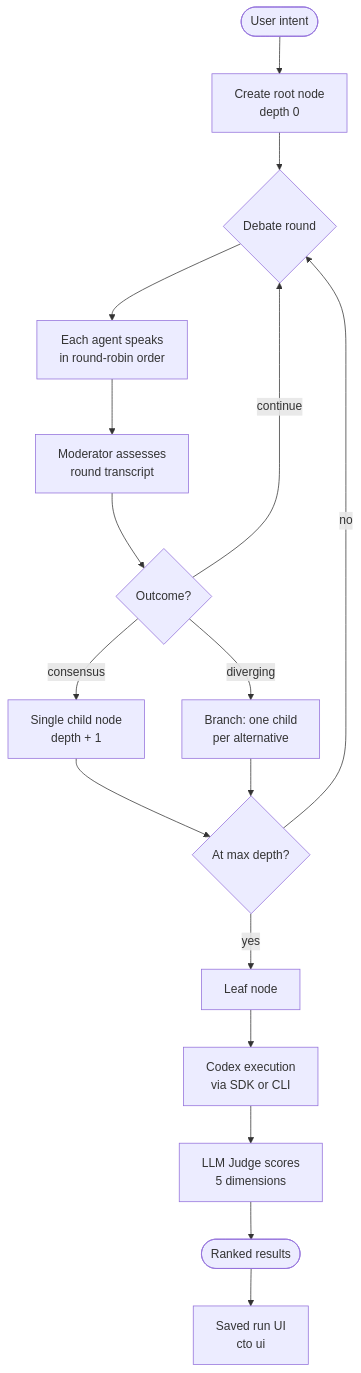
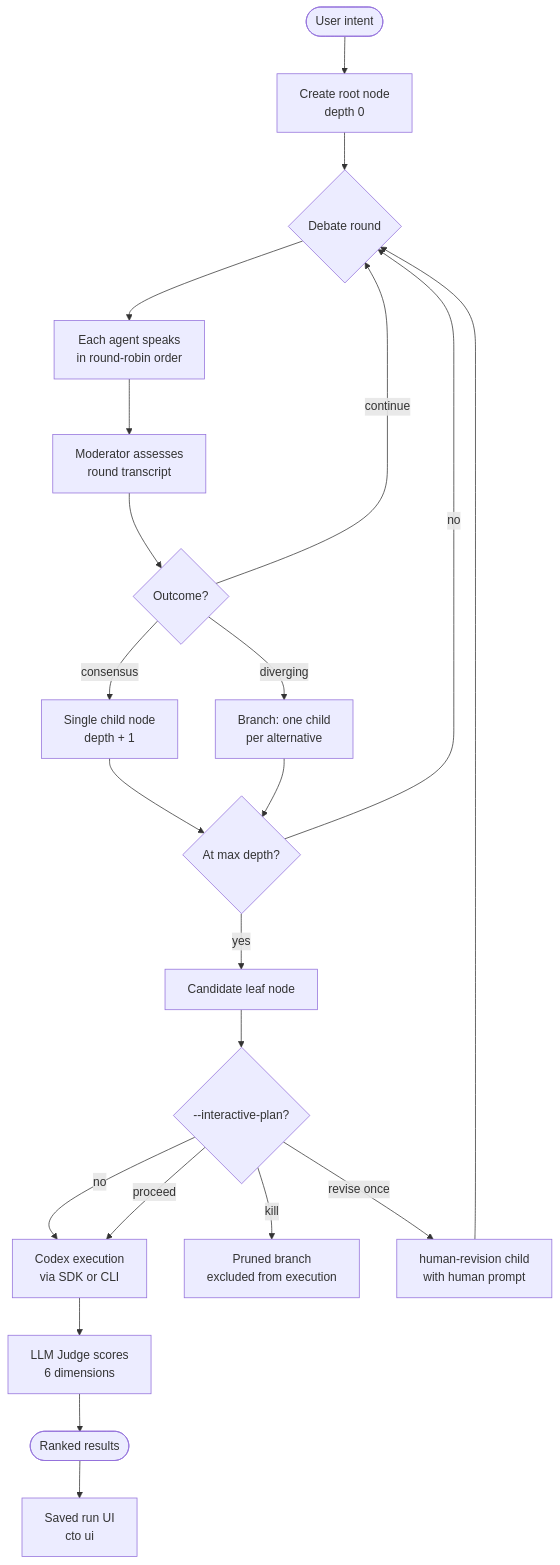
One commit to edward-sia/cto changed the first of 6 diagrams in docs/architecture.md. Above: the diagram before and after it, drawn with Mermaid. The commit also changed other lines of this file and 5 other files, not shown here.

Commit message:
docs: update interactive plan gate references

````diff
--- a/docs/architecture.md
+++ b/docs/architecture.md
@@ -37,19 +37,24 @@
 ```mermaid
 flowchart TD
     A([User intent]) --> B[Create root node\ndepth 0]
     B --> C{Debate round}
     C --> D[Each agent speaks\nin round-robin order]
     D --> E[Moderator assesses\nround transcript]
     E --> F{Outcome?}
     F -- consensus --> G[Single child node\ndepth + 1]
     F -- continue --> C
     F -- diverging --> H[Branch: one child\nper alternative]
     G --> I{At max depth?}
     H --> I
     I -- no --> C
-    I -- yes --> J[Leaf node]
-    J --> K[Codex execution\nvia SDK or CLI]
-    K --> L[LLM Judge scores\n5 dimensions]
+    I -- yes --> J[Candidate leaf node]
+    J --> Gate{--interactive-plan?}
+    Gate -- no --> K[Codex execution\nvia SDK or CLI]
+    Gate -- proceed --> K
+    Gate -- kill --> P[Pruned branch\nexcluded from execution]
+    Gate -- revise once --> R[human-revision child\nwith human prompt]
+    R --> C
+    K --> L[LLM Judge scores\n6 dimensions]
     L --> M([Ranked results])
     M --> N[Saved run UI\ncto ui]
 ```
````
